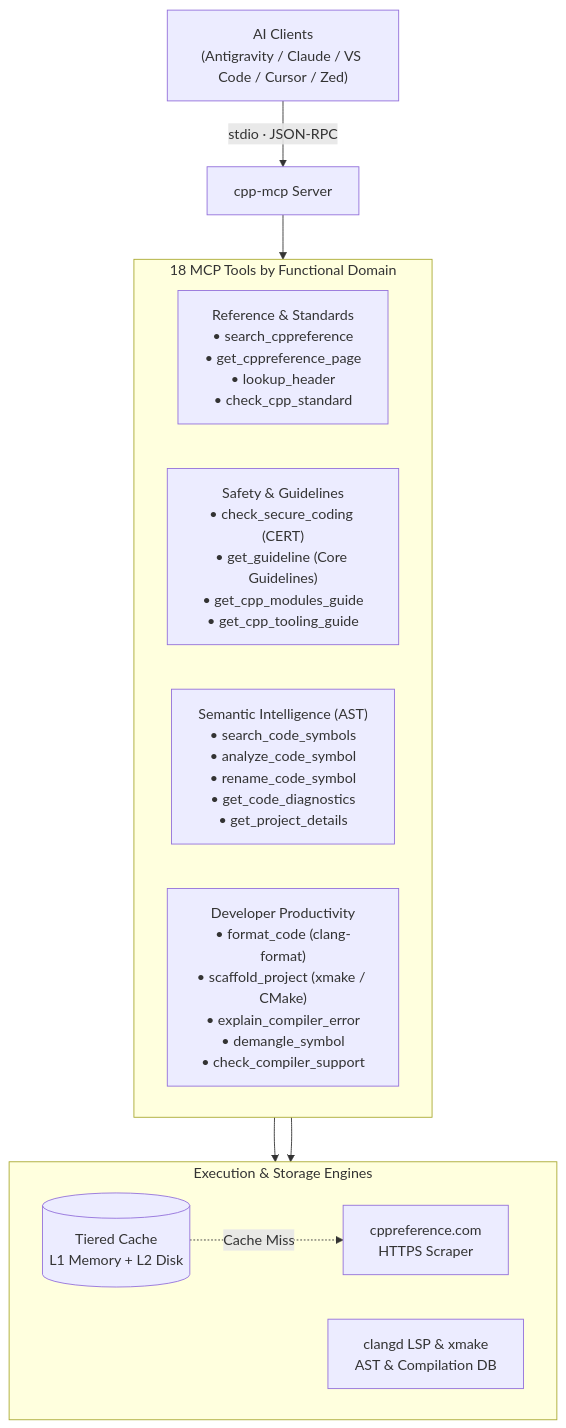
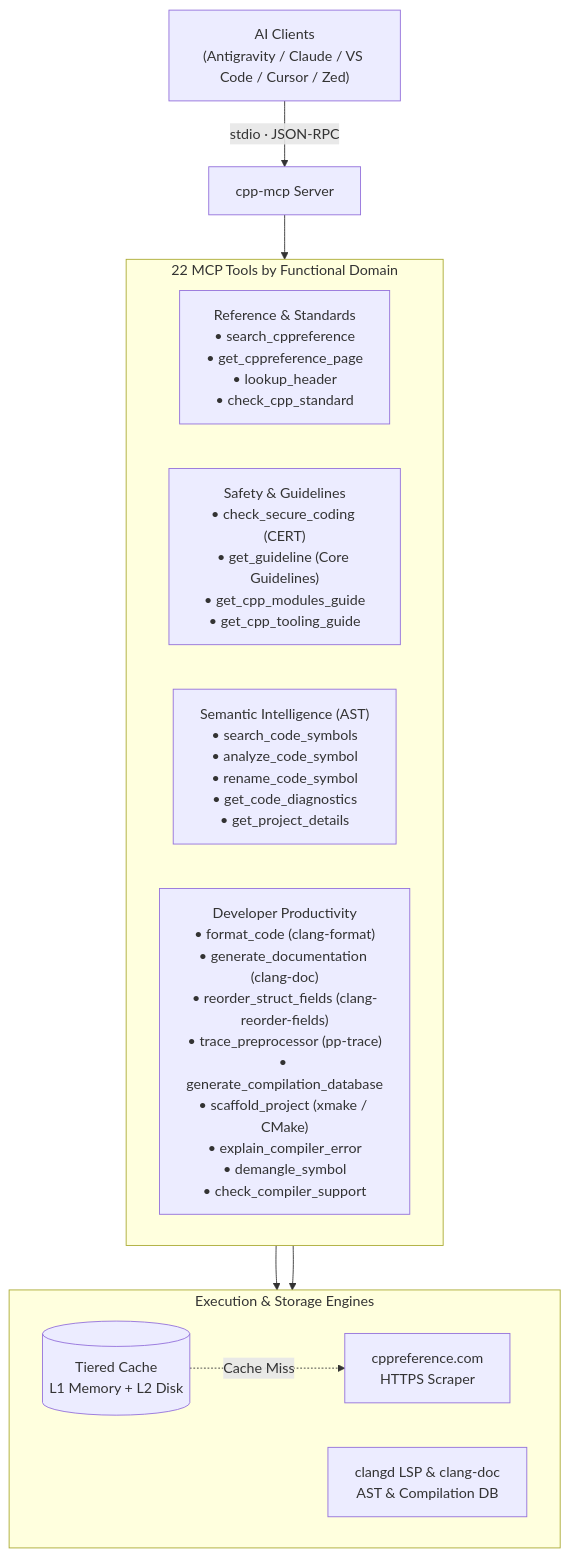
Before and after one commit to CHOCEK-RB/cpp-mcp: the diagram in README.md, drawn with Mermaid. The commit also changed other lines of this file and 33 other files, not shown here.

````diff
--- a/README.md
+++ b/README.md
@@ -17,24 +17,24 @@
 ```mermaid
 flowchart TB
     Client["AI Clients\n(Antigravity / Claude / VS Code / Cursor / Zed)"] -->|stdio · JSON-RPC| Server["cpp-mcp Server"]
 
-    subgraph Tools ["18 MCP Tools by Functional Domain"]
+    subgraph Tools ["22 MCP Tools by Functional Domain"]
         direction LR
         D1["Reference & Standards\n• search_cppreference\n• get_cppreference_page\n• lookup_header\n• check_cpp_standard"]
         D2["Safety & Guidelines\n• check_secure_coding (CERT)\n• get_guideline (Core Guidelines)\n• get_cpp_modules_guide\n• get_cpp_tooling_guide"]
         D3["Semantic Intelligence (AST)\n• search_code_symbols\n• analyze_code_symbol\n• rename_code_symbol\n• get_code_diagnostics\n• get_project_details"]
-        D4["Developer Productivity\n• format_code (clang-format)\n• scaffold_project (xmake / CMake)\n• explain_compiler_error\n• demangle_symbol\n• check_compiler_support"]
+        D4["Developer Productivity\n• format_code (clang-format)\n• generate_documentation (clang-doc)\n• reorder_struct_fields (clang-reorder-fields)\n• trace_preprocessor (pp-trace)\n• generate_compilation_database\n• scaffold_project (xmake / CMake)\n• explain_compiler_error\n• demangle_symbol\n• check_compiler_support"]
     end
 
     subgraph Backends ["Execution & Storage Engines"]
         direction LR
         Cache[("Tiered Cache\nL1 Memory + L2 Disk")]
-        LSP["clangd LSP & xmake\nAST & Compilation DB"]
+        LSP["clangd LSP & clang-doc\nAST & Compilation DB"]
         Web["cppreference.com\nHTTPS Scraper"]
     end
 
     Server --> Tools
     D1 --> Cache
     D3 --> LSP
     Cache -.->|Cache Miss| Web
 ```
````
